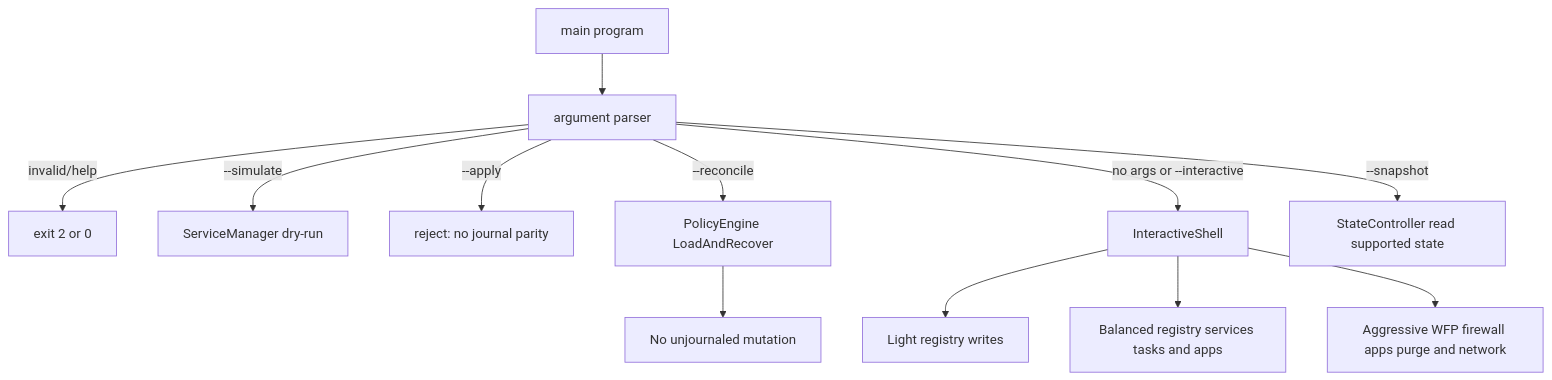
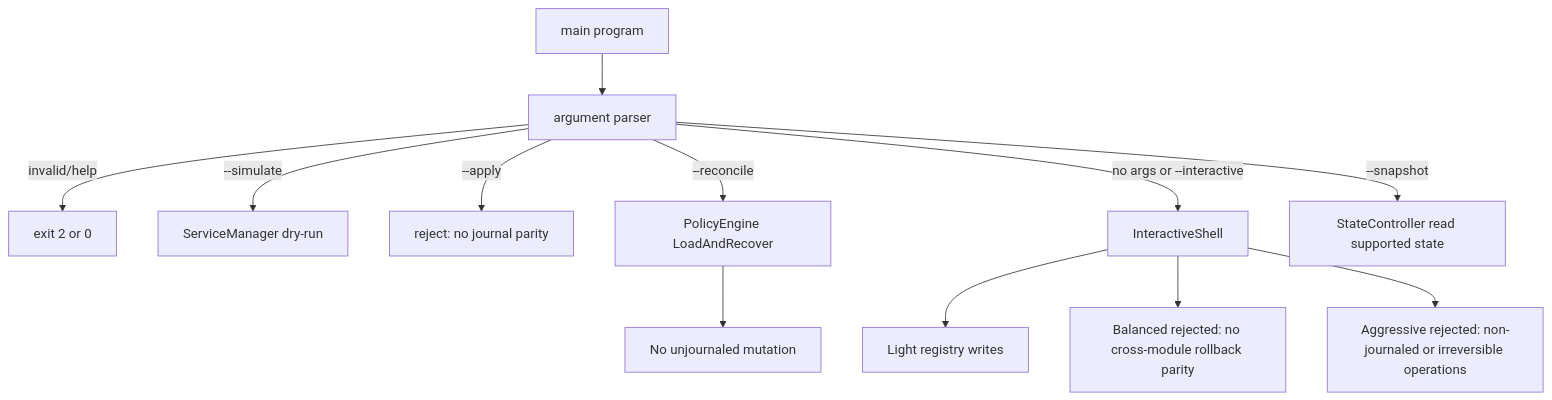
One commit to genesisgzdev/Aegis11 changed the first of 3 diagrams in docs/ARCHITECTURE.md. Above: the diagram before and after it, drawn with Mermaid. The commit also changed other lines of this file and 4 other files, not shown here.

Commit message:
fix: reject interactive profiles without rollback parity

````diff
--- a/docs/ARCHITECTURE.md
+++ b/docs/ARCHITECTURE.md
@@ -11,14 +11,14 @@
 ```mermaid
 flowchart TD
     MAIN[main program] --> P[argument parser]
     P -->|invalid/help| EXIT[exit 2 or 0]
     P -->|--simulate| DRY[ServiceManager dry-run]
     P -->|--apply| APPLY[reject: no journal parity]
     P -->|--reconcile| REC[PolicyEngine LoadAndRecover]
     REC --> SAFE[No unjournaled mutation]
     P -->|no args or --interactive| UI[InteractiveShell]
     P -->|--snapshot| SNAP[StateController read supported state]
     UI --> L[Light registry writes]
-    UI --> B[Balanced registry services tasks and apps]
-    UI --> A[Aggressive WFP firewall apps purge and network]
+    UI --> B[Balanced rejected: no cross-module rollback parity]
+    UI --> A[Aggressive rejected: non-journaled or irreversible operations]
 ```
````
